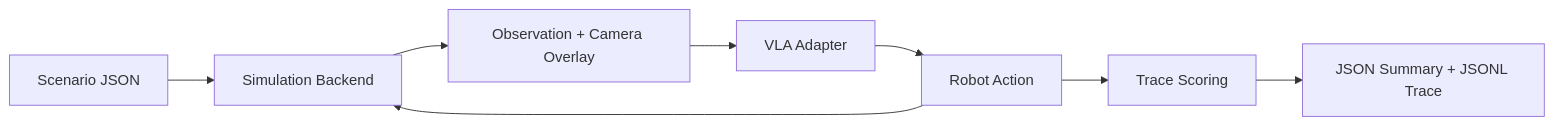
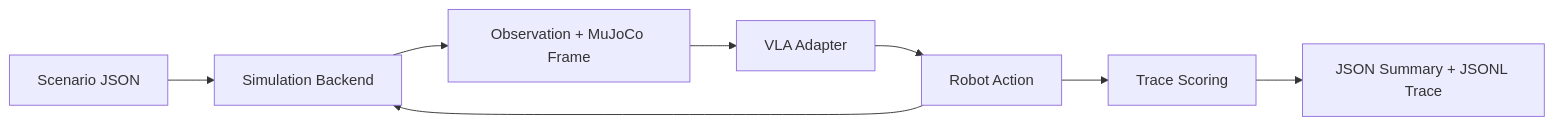
The diagram in docs/architecture.md (grahamonica/VLA-human-safety-bench), drawn with Mermaid before and after one commit. The commit also changed other lines of this file and 56 other files, not shown here.

````diff
--- a/docs/architecture.md
+++ b/docs/architecture.md
@@ -10,10 +10,10 @@
 ```mermaid
 flowchart LR
     Scenario["Scenario JSON"] --> Sim["Simulation Backend"]
-    Sim --> Observation["Observation + Camera Overlay"]
+    Sim --> Observation["Observation + MuJoCo Frame"]
     Observation --> Adapter["VLA Adapter"]
     Adapter --> Action["Robot Action"]
     Action --> Sim
     Action --> Scoring["Trace Scoring"]
     Scoring --> Report["JSON Summary + JSONL Trace"]
 ```
````
